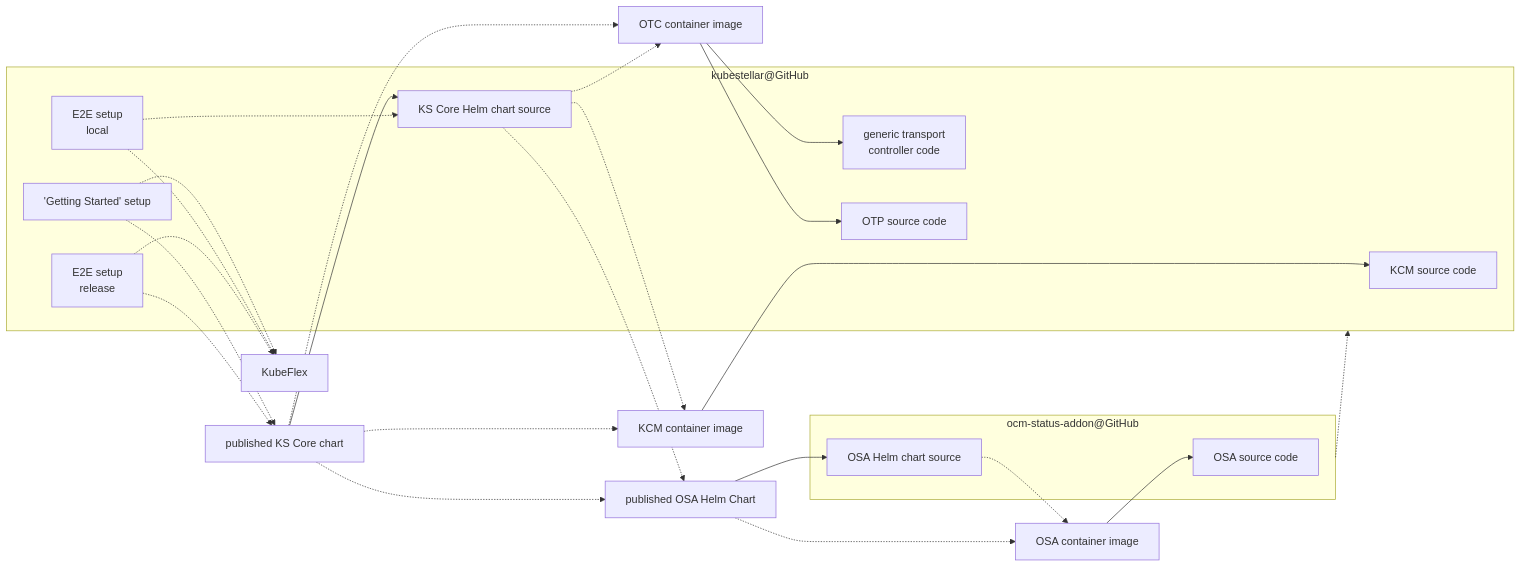
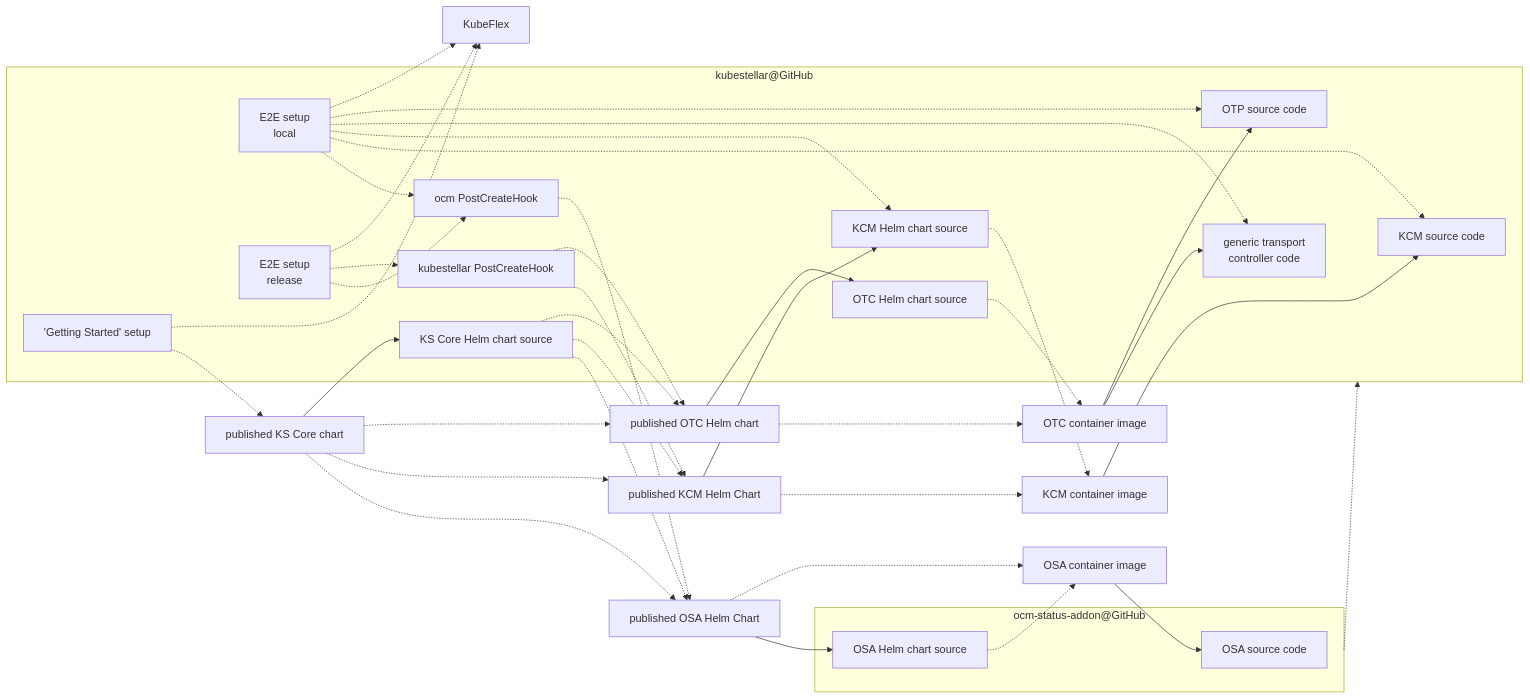
One commit to kubestellar/docs changed the fifth of 5 diagrams in docs/content/direct/packaging.md. Above: the diagram before and after it, drawn with Mermaid. The commit also changed other lines of this file and 110 other files, not shown here.

````diff
--- a/docs/content/direct/packaging.md
+++ b/docs/content/direct/packaging.md
@@ -298,38 +344,56 @@
 ```mermaid
 flowchart LR
     subgraph osa_repo["ocm-status-addon@GitHub"]
     osa_code[OSA source code]
     osa_hc_src[OSA Helm chart source]
     end
     osa_ctr_image[OSA container image] --> osa_code
     osa_hc_repo[published OSA Helm Chart] --> osa_hc_src
     osa_hc_src -.-> osa_ctr_image
     osa_hc_repo -.-> osa_ctr_image
     subgraph ks_repo["kubestellar@GitHub"]
     kcm_code[KCM source code]
     gtc_code["generic transport<br>controller code"]
     otp_code[OTP source code]
+    kcm_hc_src[KCM Helm chart source]
+    otc_hc_src[OTC Helm chart source]
     ksc_hc_src[KS Core Helm chart source]
+    ks_pch[kubestellar PostCreateHook]
+    ocm_pch["ocm PostCreateHook"]
     setup_ksc["'Getting Started' setup"]
     e2e_local["E2E setup<br>local"]
     e2e_release["E2E setup<br>release"]
     end
     osa_repo -.-> ks_repo
+    ocm_pch -.-> osa_hc_repo
     kcm_ctr_image[KCM container image] --> kcm_code
+    kcm_hc_repo[published KCM Helm Chart] --> kcm_hc_src
+    kcm_hc_src -.-> kcm_ctr_image
+    kcm_hc_repo -.-> kcm_ctr_image
+    ks_pch -.-> kcm_hc_repo
+    ks_pch -.-> otc_hc_repo[published OTC Helm chart]
     otc_ctr_image[OTC container image]
     otc_ctr_image --> gtc_code
     otc_ctr_image --> otp_code
+    otc_hc_src -.-> otc_ctr_image
+    otc_hc_repo --> otc_hc_src
+    otc_hc_repo -.-> otc_ctr_image
     ksc_hc_repo[published KS Core chart] --> ksc_hc_src
     ksc_hc_src -.-> osa_hc_repo
-    ksc_hc_src -.-> kcm_ctr_image
-    ksc_hc_src -.-> otc_ctr_image
+    ksc_hc_src -.-> kcm_hc_repo
+    ksc_hc_src -.-> otc_hc_repo
     ksc_hc_repo -.-> osa_hc_repo
-    ksc_hc_repo -.-> kcm_ctr_image
-    ksc_hc_repo -.-> otc_ctr_image
+    ksc_hc_repo -.-> kcm_hc_repo
+    ksc_hc_repo -.-> otc_hc_repo
     setup_ksc -.-> ksc_hc_repo
     setup_ksc -.-> KubeFlex
-    e2e_local -.-> ksc_hc_src
+    e2e_local -.-> ocm_pch
+    e2e_local -.-> kcm_code
+    e2e_local -.-> kcm_hc_src
+    e2e_local -.-> gtc_code
+    e2e_local -.-> otp_code
     e2e_local -.-> KubeFlex
-    e2e_release -.-> ksc_hc_repo
+    e2e_release -.-> ocm_pch
+    e2e_release -.-> ks_pch
     e2e_release -.-> KubeFlex
 ```
````
